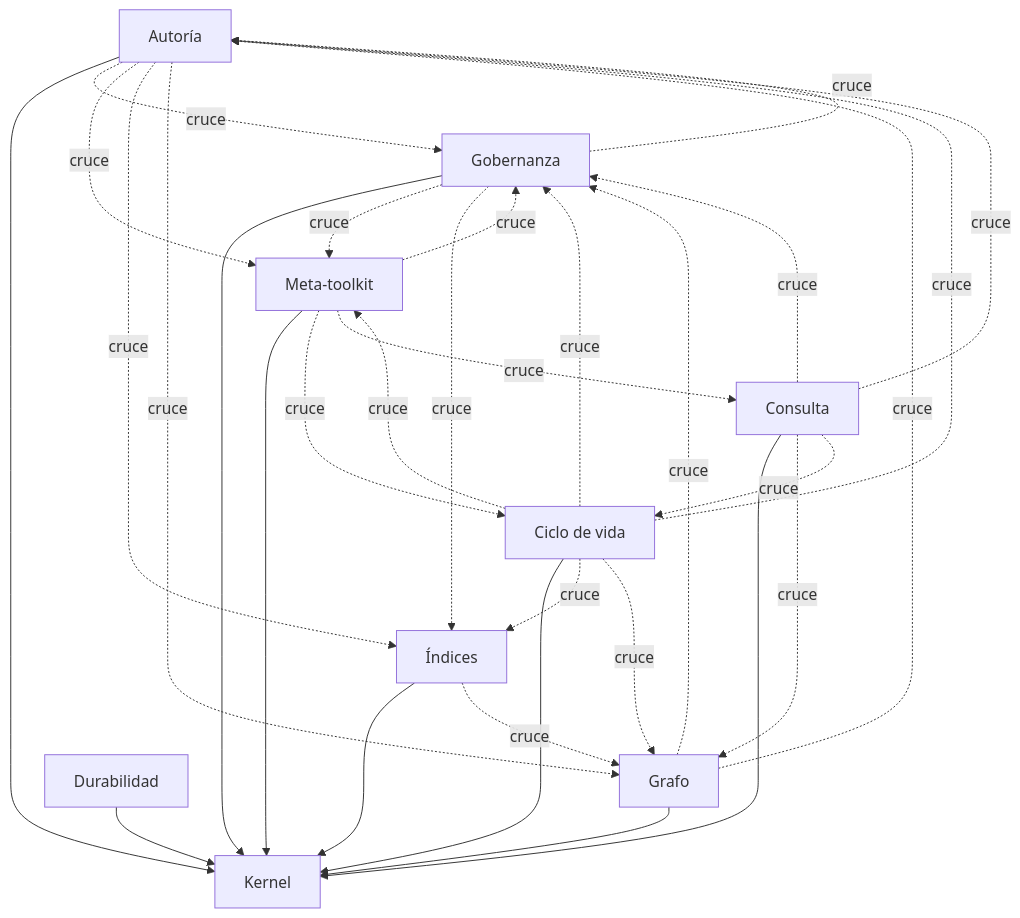
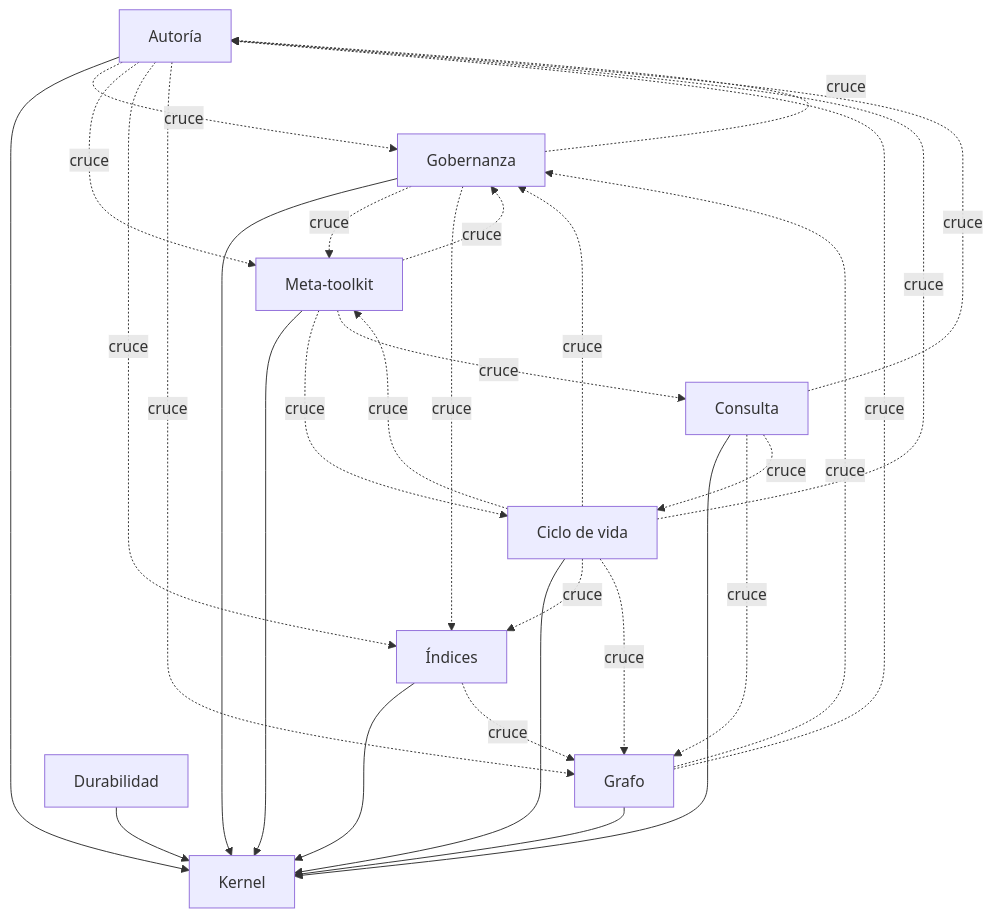
Before and after one commit to devcicm/Vault-Obsidian-Architecture: the diagram in docs/ARQUITECTURA.md, drawn with Mermaid. The commit also changed other lines of this file and 39 other files, not shown here.

````diff
--- a/docs/ARQUITECTURA.md
+++ b/docs/ARQUITECTURA.md
@@ -17,42 +17,41 @@
 ```mermaid
 graph TD
     kernel["Kernel"]
     autoria["Autoría"]
     grafo["Grafo"]
     gobernanza["Gobernanza"]
     indices["Índices"]
     consulta["Consulta"]
     ciclo_de_vida["Ciclo de vida"]
     durabilidad["Durabilidad"]
     meta_toolkit["Meta-toolkit"]
     autoria --> kernel
     grafo --> kernel
     gobernanza --> kernel
     indices --> kernel
     consulta --> kernel
     ciclo_de_vida --> kernel
     durabilidad --> kernel
     meta_toolkit --> kernel
     meta_toolkit -.->|cruce| gobernanza
     autoria -.->|cruce| gobernanza
     meta_toolkit -.->|cruce| ciclo_de_vida
-    grafo -.->|cruce| gobernanza
     grafo -.->|cruce| autoria
     consulta -.->|cruce| autoria
     meta_toolkit -.->|cruce| consulta
     gobernanza -.->|cruce| meta_toolkit
     gobernanza -.->|cruce| indices
     gobernanza -.->|cruce| autoria
     ciclo_de_vida -.->|cruce| gobernanza
     ciclo_de_vida -.->|cruce| indices
     ciclo_de_vida -.->|cruce| autoria
-    consulta -.->|cruce| gobernanza
     ciclo_de_vida -.->|cruce| grafo
     ciclo_de_vida -.->|cruce| meta_toolkit
     consulta -.->|cruce| grafo
     autoria -.->|cruce| meta_toolkit
     autoria -.->|cruce| indices
     autoria -.->|cruce| grafo
     consulta -.->|cruce| ciclo_de_vida
+    grafo -.->|cruce| gobernanza
     indices -.->|cruce| grafo
 ```
````
